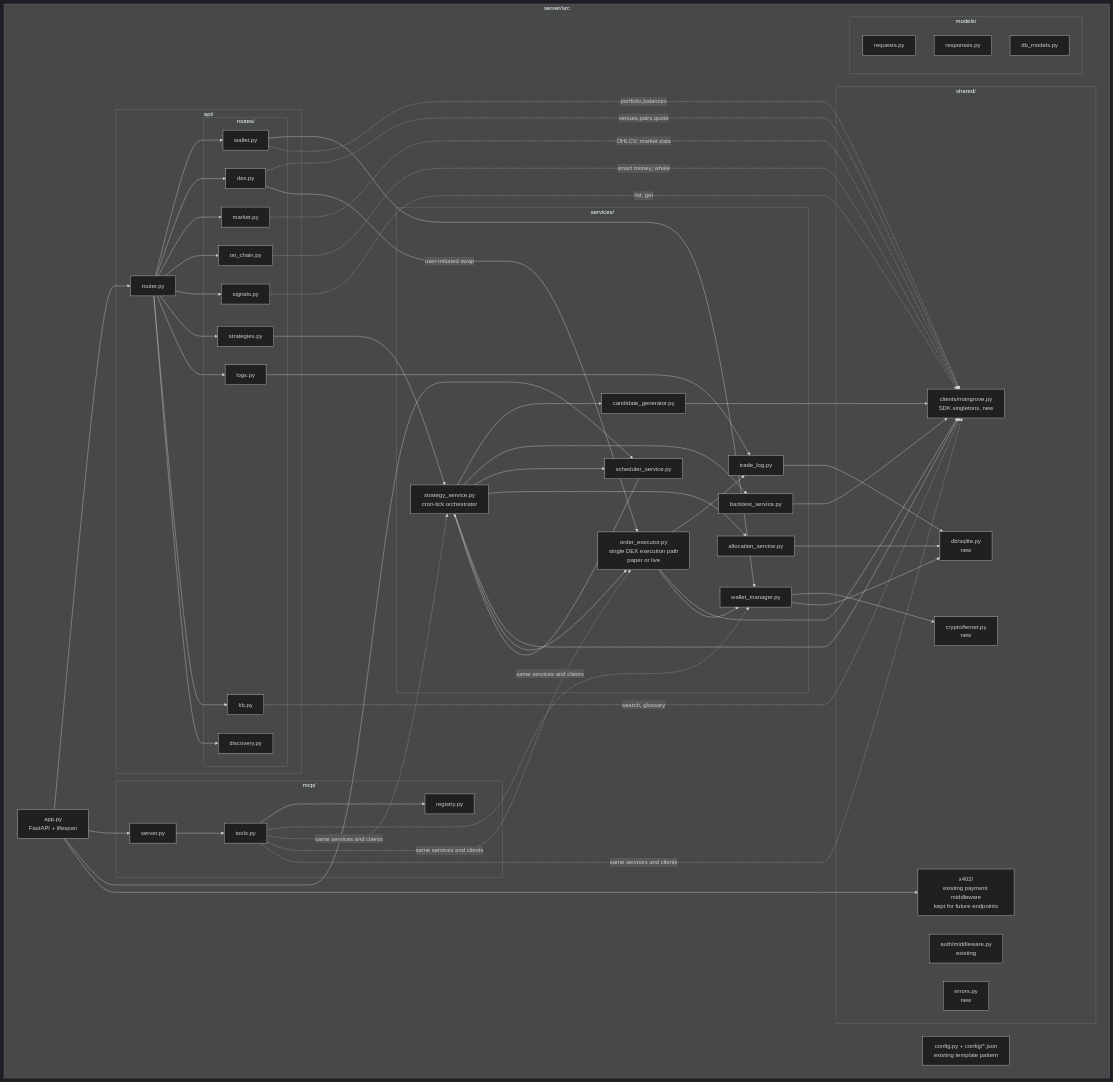
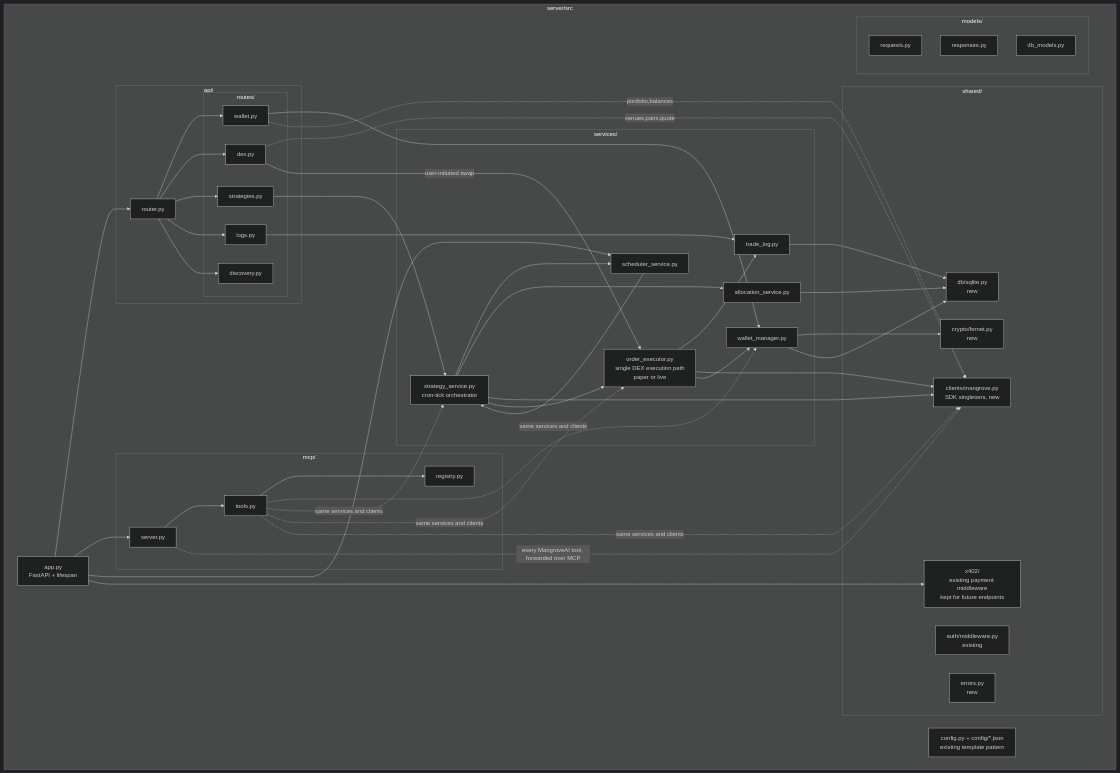
The seventh of 8 diagrams in docs/architecture.md (MangroveTechnologies/mangrove-agent), drawn with Mermaid (dark theme) before and after one commit. The commit also changed other lines of this file and 74 other files, not shown here.

Commit message:
feat(agent): MangroveAI-only strategy flow, SIWX and shared MCP session

````diff
--- a/docs/architecture.md
+++ b/docs/architecture.md
@@ -345,12 +313,8 @@
             subgraph "routes/"
                 RWallet[wallet.py]
                 RDex[dex.py]
-                RMarket[market.py]
-                ROnChain[on_chain.py]
-                RSignals[signals.py]
                 RStrat[strategies.py]
                 RLogs[logs.py]
-                RKb[kb.py]
                 RDiscovery[discovery.py]
             end
         end
@@ -364,8 +328,6 @@
         subgraph "services/"
             SWallet[wallet_manager.py]
             SStrat[strategy_service.py<br/>cron-tick orchestrator]
-            SCG[candidate_generator.py]
-            SBT[backtest_service.py]
             SExec[order_executor.py<br/>single DEX execution path<br/>paper or live]
             SSched[scheduler_service.py]
             SLog[trade_log.py]
@@ -392,7 +354,7 @@
     App --> MCPServer
     App --> SSched
     App --> X402
-    Router --> RWallet & RDex & RMarket & ROnChain & RSignals & RStrat & RLogs & RKb & RDiscovery
+    Router --> RWallet & RDex & RStrat & RLogs & RDiscovery
     MCPServer --> MCPTools
     MCPTools --> MCPReg
 
@@ -400,15 +362,12 @@
     RWallet -.portfolio,balances.-> Clients
     RDex -.venues,pairs,quote.-> Clients
     RDex -->|user-initiated swap| SExec
-    RMarket -.OHLCV, market data.-> Clients
-    ROnChain -.smart money, whale.-> Clients
-    RSignals -.list, get.-> Clients
-    RKb -.search, glossary.-> Clients
     RStrat --> SStrat
     RLogs --> SLog
     MCPTools -.same services and clients.-> SWallet & SStrat & SExec & Clients
+    MCPServer -.every MangroveAI tool, forwarded over MCP.-> Clients
 
-    SStrat --> SCG & SBT & SSched & SAlloc
+    SStrat --> SSched & SAlloc
     SStrat --> Clients
     SSched --> SStrat
     SStrat --> SExec
@@ -419,5 +378,4 @@
     SWallet --> Crypto
     SWallet --> DB
     SLog & SAlloc --> DB
-    SCG & SBT --> Clients
 ```
````
